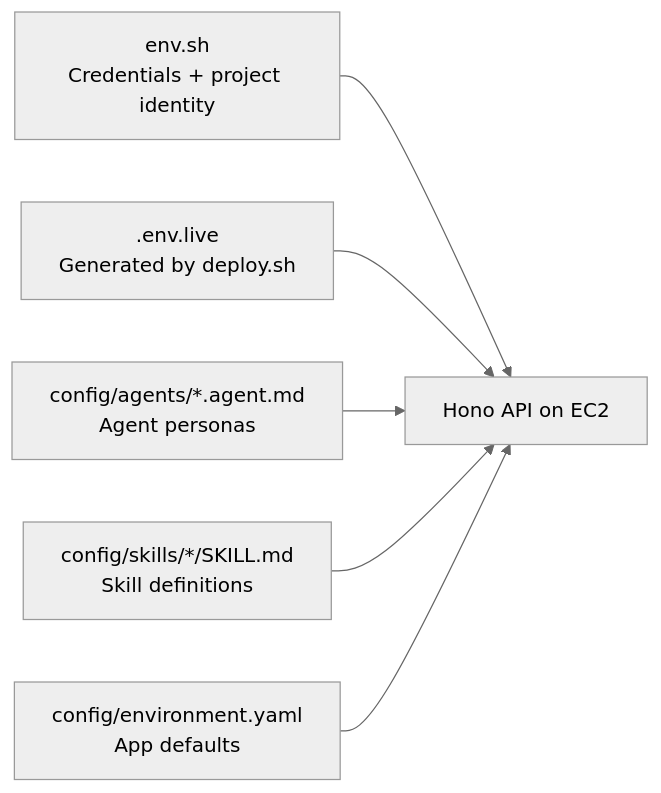
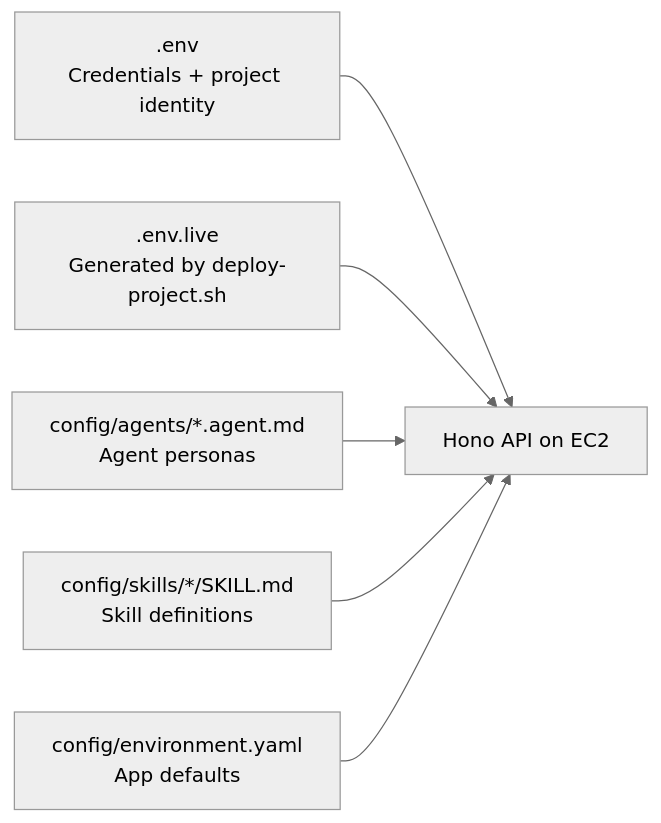
One commit to mongodb-partners/Multi-Agent-Architectural-Guidance-Bedrock-AgentCore changed the diagram in docs/configuration-guide.md. Above: the diagram before and after it, drawn with Mermaid (neutral theme). The commit also changed other lines of this file and 102 other files, not shown here.

````diff
--- a/docs/configuration-guide.md
+++ b/docs/configuration-guide.md
@@ -11,9 +11,9 @@
 ```mermaid
 flowchart LR
-  ENV[env.sh<br/>Credentials + project identity] --> API
-  LIVE[.env.live<br/>Generated by deploy.sh] --> API
+  ENV[.env<br/>Credentials + project identity] --> API
+  LIVE[.env.live<br/>Generated by deploy-project.sh] --> API
   AGENT[config/agents/*.agent.md<br/>Agent personas] --> API
   SKILL[config/skills/*/SKILL.md<br/>Skill definitions] --> API
   YAML[config/environment.yaml<br/>App defaults] --> API
   API[Hono API on EC2]
 ```
````
